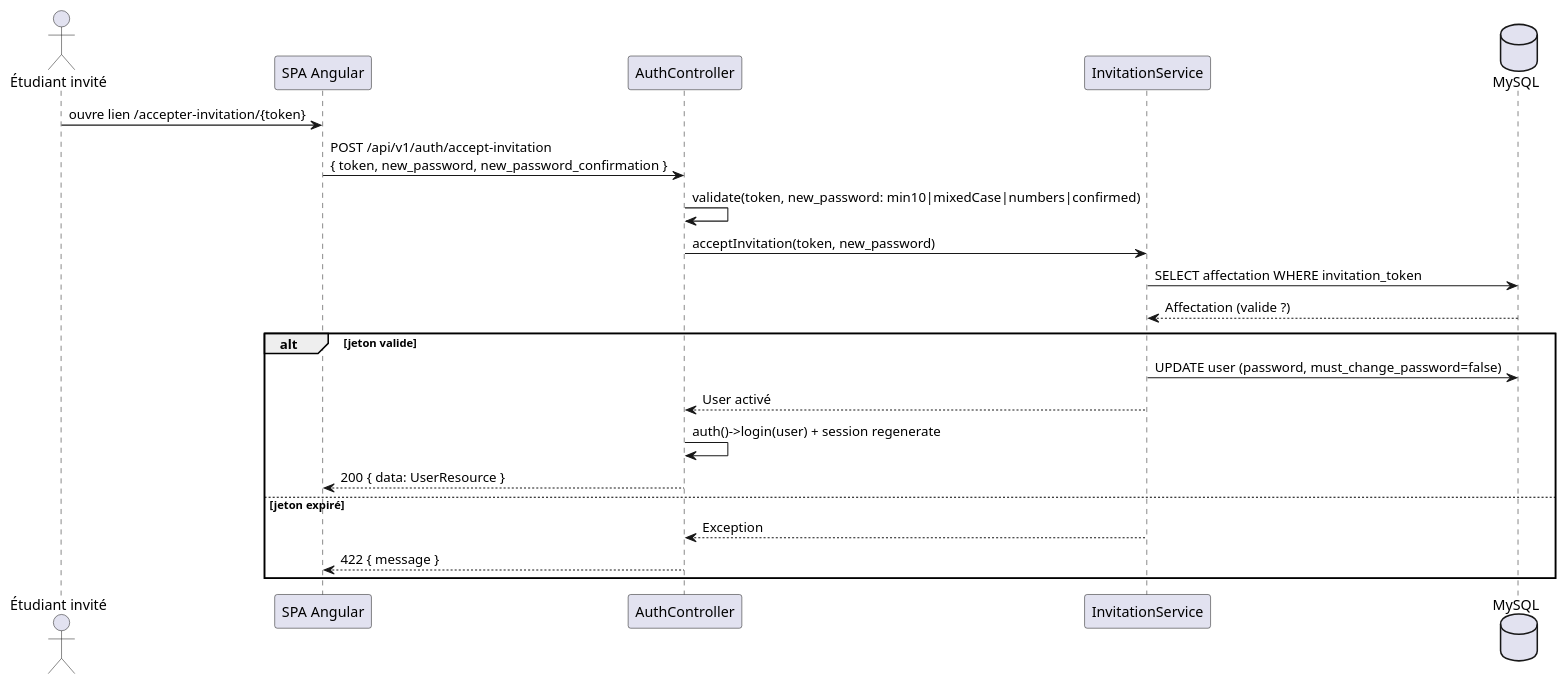
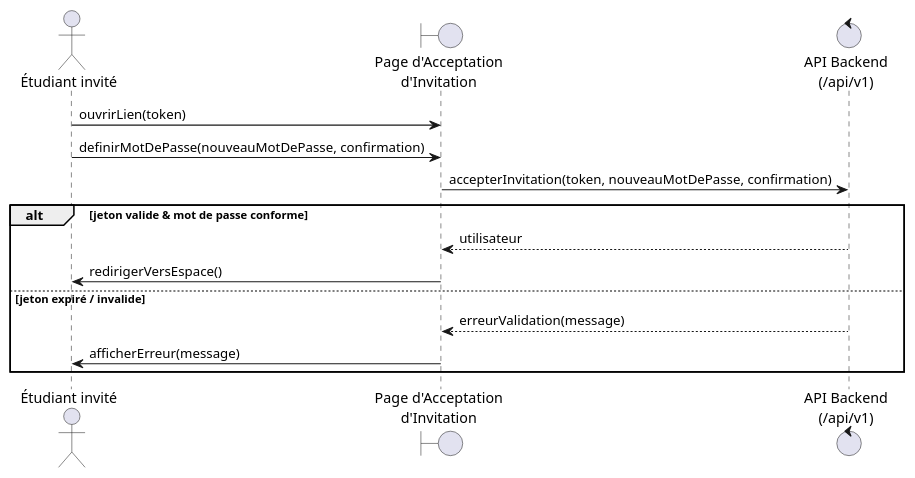
One commit to CyberCodeCracker/pfa changed the fourth of 4 diagrams in SPRINT_1_Login_et_Securite.md. Above: the diagram before and after it, drawn with PlantUML. The commit also changed other lines of this file and 8 other files, not shown here.

````diff
--- a/SPRINT_1_Login_et_Securite.md
+++ b/SPRINT_1_Login_et_Securite.md
@@ -223,25 +215,18 @@
 ```plantuml
 @startuml SEQ_Sprint1_Invitation
 actor "Étudiant invité" as Etu
-participant "SPA Angular" as SPA
-participant "AuthController" as Ctrl
-participant "InvitationService" as Inv
-database "MySQL" as DB
+boundary "Page d'Acceptation\nd'Invitation" as Page
+control "API Backend\n(/api/v1)" as API
 
-Etu -> SPA : ouvre lien /accepter-invitation/{token}
-SPA -> Ctrl : POST /api/v1/auth/accept-invitation\n{ token, new_password, new_password_confirmation }
-Ctrl -> Ctrl : validate(token, new_password: min10|mixedCase|numbers|confirmed)
-Ctrl -> Inv : acceptInvitation(token, new_password)
-Inv -> DB : SELECT affectation WHERE invitation_token
-DB --> Inv : Affectation (valide ?)
-alt jeton valide
-  Inv -> DB : UPDATE user (password, must_change_password=false)
-  Inv --> Ctrl : User activé
-  Ctrl -> Ctrl : auth()->login(user) + session regenerate
-  Ctrl --> SPA : 200 { data: UserResource }
-else jeton expiré
-  Inv --> Ctrl : Exception
-  Ctrl --> SPA : 422 { message }
+Etu -> Page : ouvrirLien(token)
+Etu -> Page : definirMotDePasse(nouveauMotDePasse, confirmation)
+Page -> API : accepterInvitation(token, nouveauMotDePasse, confirmation)
+alt jeton valide & mot de passe conforme
+  API --> Page : utilisateur
+  Page -> Etu : redirigerVersEspace()
+else jeton expiré / invalide
+  API --> Page : erreurValidation(message)
+  Page -> Etu : afficherErreur(message)
 end
 @enduml
 ```
````
